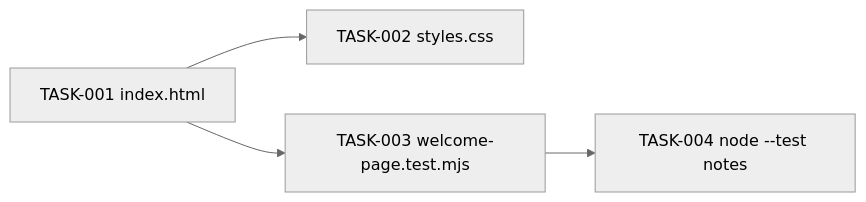
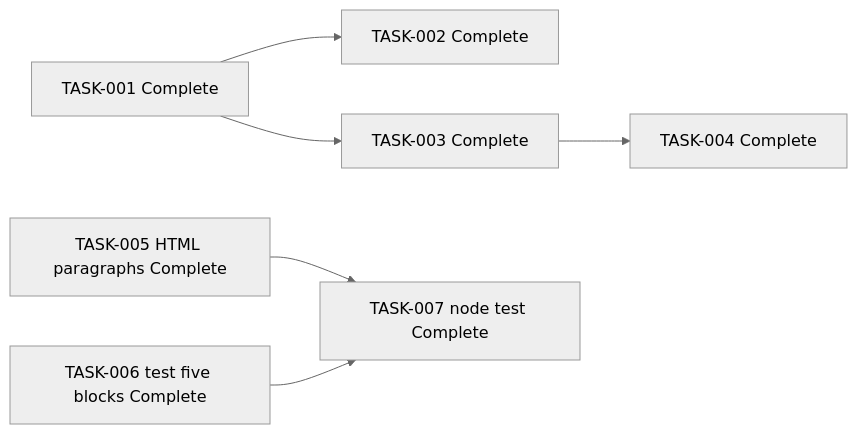
The diagram in plans/hari-agents/impl-plan.md (KBSHari/Cursor-agents), drawn with Mermaid (neutral theme) before and after one commit. The commit also changed other lines of this file and 3 other files, not shown here.

````diff
--- a/plans/hari-agents/impl-plan.md
+++ b/plans/hari-agents/impl-plan.md
@@ -279,10 +433,15 @@
 ```mermaid
 flowchart LR
-    T1[TASK-001 index.html]
-    T2[TASK-002 styles.css]
-    T3[TASK-003 welcome-page.test.mjs]
-    T4[TASK-004 node --test notes]
+    T1[TASK-001 Complete]
+    T2[TASK-002 Complete]
+    T3[TASK-003 Complete]
+    T4[TASK-004 Complete]
+    T5[TASK-005 HTML paragraphs Complete]
+    T6[TASK-006 test five blocks Complete]
+    T7[TASK-007 node test Complete]
     T1 --> T2
     T1 --> T3
     T3 --> T4
+    T5 --> T7
+    T6 --> T7
 ```
````
